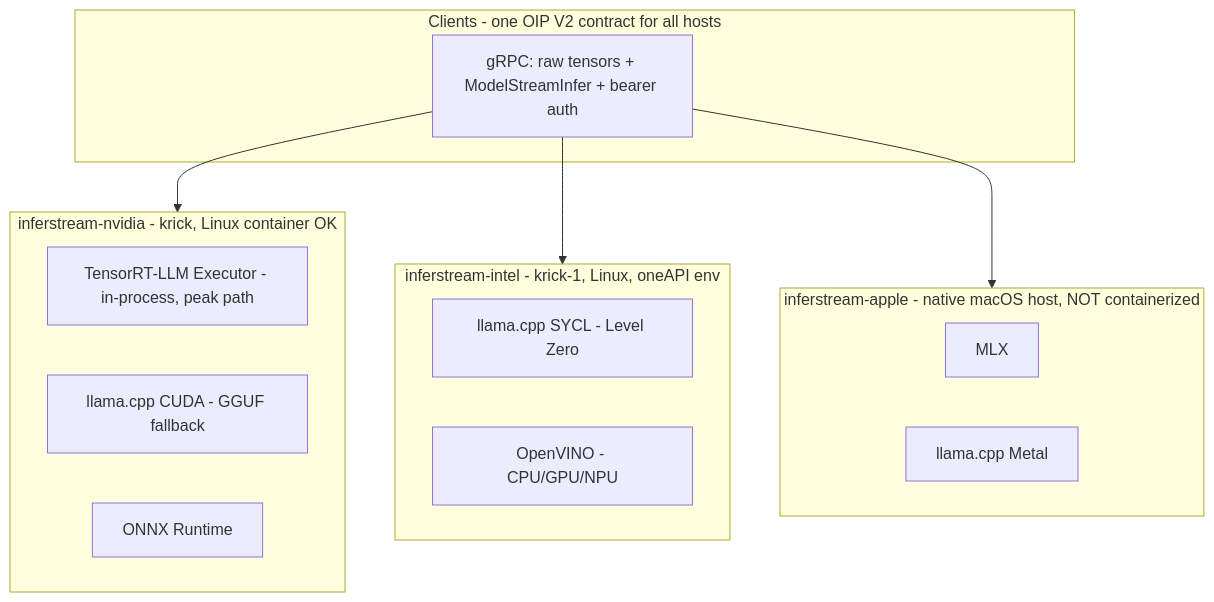
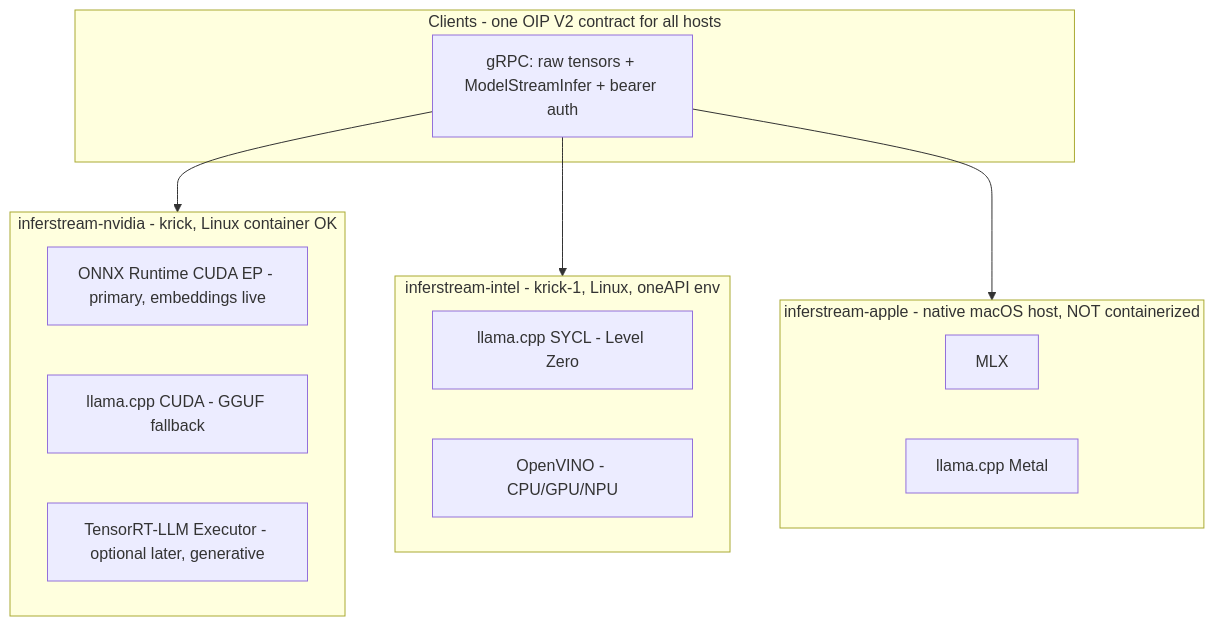
Before and after one commit to ai-pipestream/turboembed: the diagram in README.md, drawn with Mermaid. The commit also changed other lines of this file and 3 other files, not shown here.

````diff
--- a/README.md
+++ b/README.md
@@ -18,26 +18,26 @@
 ```mermaid
 flowchart TB
     subgraph clients [Clients - one OIP V2 contract for all hosts]
         C[gRPC: raw tensors + ModelStreamInfer + bearer auth]
     end
 
     subgraph nvidia [inferstream-nvidia - krick, Linux container OK]
-        N1[TensorRT-LLM Executor - in-process, peak path]
+        N1[ONNX Runtime CUDA EP - primary, embeddings live]
         N2[llama.cpp CUDA - GGUF fallback]
-        N3[ONNX Runtime]
+        N3[TensorRT-LLM Executor - optional later, generative]
     end
 
     subgraph intel [inferstream-intel - krick-1, Linux, oneAPI env]
         I1[llama.cpp SYCL - Level Zero]
         I2[OpenVINO - CPU/GPU/NPU]
     end
 
     subgraph apple [inferstream-apple - native macOS host, NOT containerized]
         A1[MLX]
         A2[llama.cpp Metal]
     end
 
     C --> nvidia
     C --> intel
     C --> apple
 ```
````
